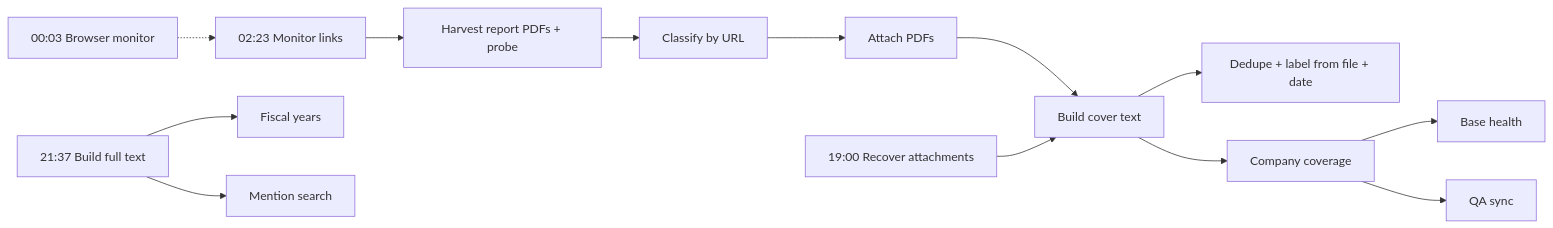
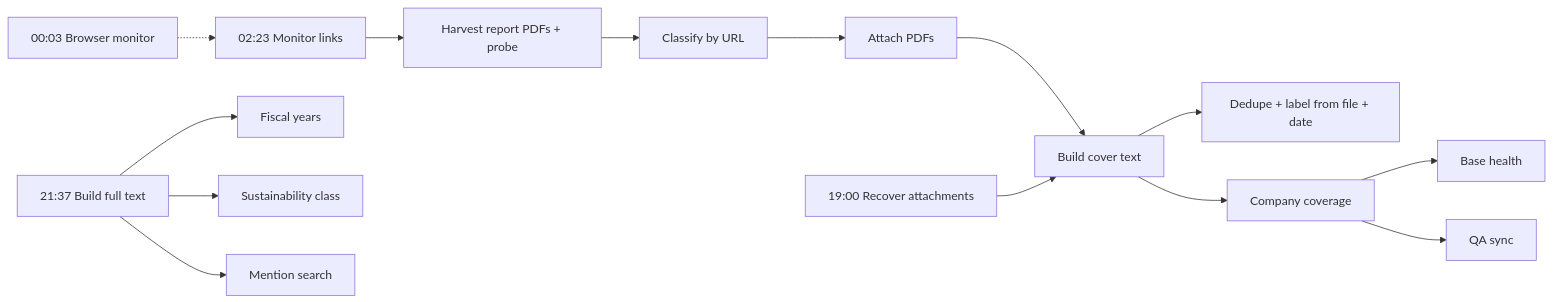
The diagram in docs/architecture.md (led2192/wba-link-monitor), drawn with Mermaid before and after one commit. The commit also changed other lines of this file and 7 other files, not shown here.

````diff
--- a/docs/architecture.md
+++ b/docs/architecture.md
@@ -20,15 +20,16 @@
 ```mermaid
 flowchart LR
   BM[00:03 Browser monitor] -.-> M
   M[02:23 Monitor links] --> H[Harvest report PDFs + probe]
   H --> C[Classify by URL]
   C --> A[Attach PDFs]
   A --> CT[Build cover text]
   R[19:00 Recover attachments] --> CT
   CT --> D[Dedupe + label from file + date]
   CT --> CC[Company coverage]
   CC --> BH[Base health]
   CC --> QS[QA sync]
   FT[21:37 Build full text] --> FY[Fiscal years]
+  FT --> SC[Sustainability class]
   FT --> MS[Mention search]
 ```
````
